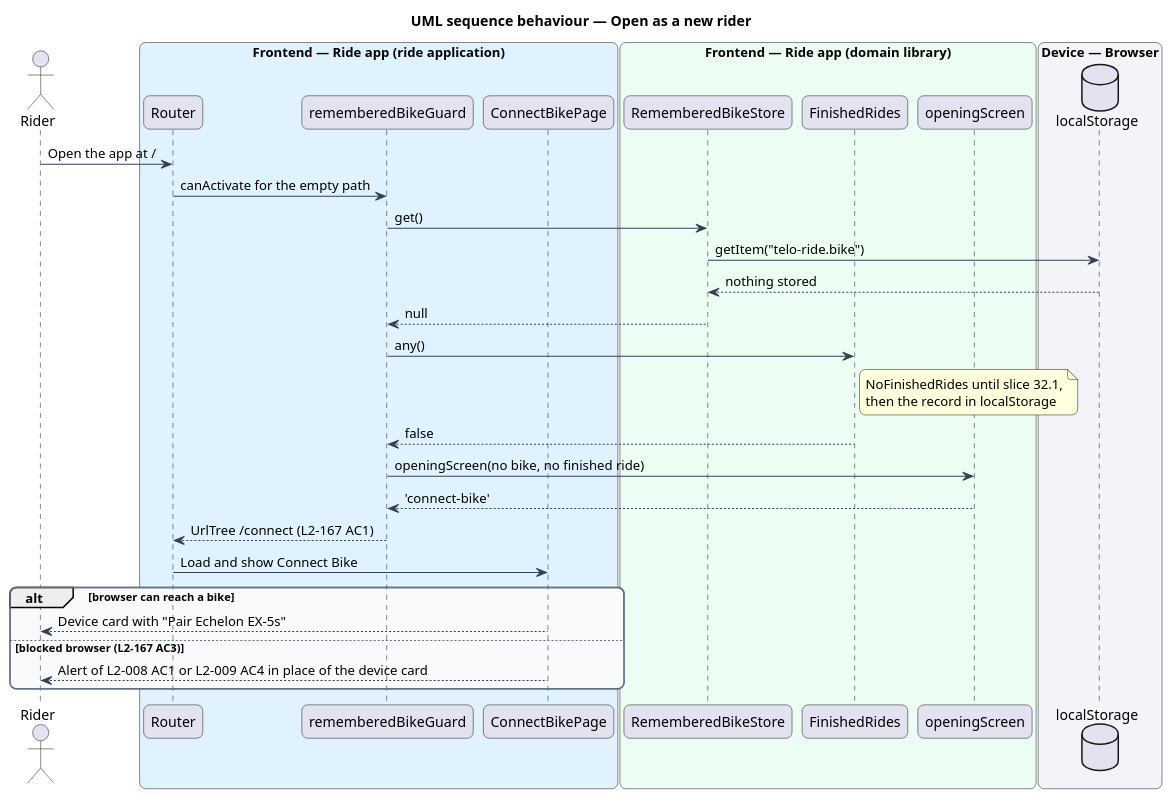
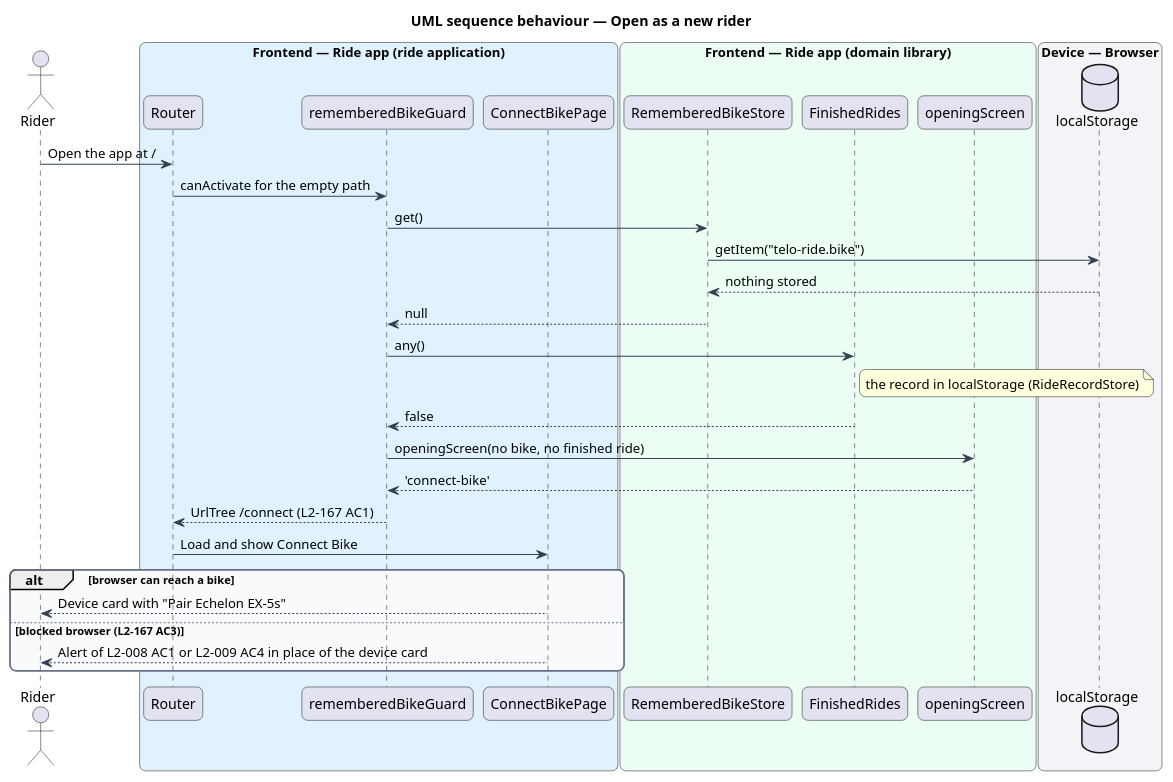
Before and after one commit to QuinntyneBrown/ride-one: the diagram in docs/detailed-designs/the-class/open-the-app/diagrams/sequence-open-as-a-new-rider.puml, drawn with PlantUML. The commit also changed 18 other files, not shown here.

First line of the commit message:
Slice 32.1: Keep the record

```diff
--- a/docs/detailed-designs/the-class/open-the-app/diagrams/sequence-open-as-a-new-rider.puml
+++ b/docs/detailed-designs/the-class/open-the-app/diagrams/sequence-open-as-a-new-rider.puml
@@ -1,49 +1,49 @@
 @startuml
 title UML sequence behaviour — Open as a new rider
 skinparam backgroundColor #FFFFFF
 skinparam shadowing false
 skinparam roundcorner 12
 skinparam defaultFontName Arial
 skinparam ArrowColor #344054
 skinparam rectangle {
   BorderColor #344054
   FontColor #101828
 }
 skinparam package {
   BorderColor #667085
   FontColor #101828
   BackgroundColor #F9FAFB
 }
 actor "Rider" as rider
 box "Frontend — Ride app (ride application)" #E0F2FE
   participant "Router" as router
   participant "rememberedBikeGuard" as guard
   participant "ConnectBikePage" as connect
 end box
 box "Frontend — Ride app (domain library)" #ECFDF3
   participant "RememberedBikeStore" as bikes
   participant "FinishedRides" as record
   participant "openingScreen" as rule
 end box
 box "Device — Browser" #F2F4F7
   database "localStorage" as storage
 end box
 rider -> router : Open the app at /
 router -> guard : canActivate for the empty path
 guard -> bikes : get()
 bikes -> storage : getItem("telo-ride.bike")
 storage --> bikes : nothing stored
 bikes --> guard : null
 guard -> record : any()
-note right of record : NoFinishedRides until slice 32.1,\nthen the record in localStorage
+note right of record : the record in localStorage (RideRecordStore)
 record --> guard : false
 guard -> rule : openingScreen(no bike, no finished ride)
 rule --> guard : 'connect-bike'
 guard --> router : UrlTree /connect (L2-167 AC1)
 router -> connect : Load and show Connect Bike
 alt browser can reach a bike
   connect --> rider : Device card with "Pair Echelon EX-5s"
 else blocked browser (L2-167 AC3)
   connect --> rider : Alert of L2-008 AC1 or L2-009 AC4 in place of the device card
 end
 @enduml
```
